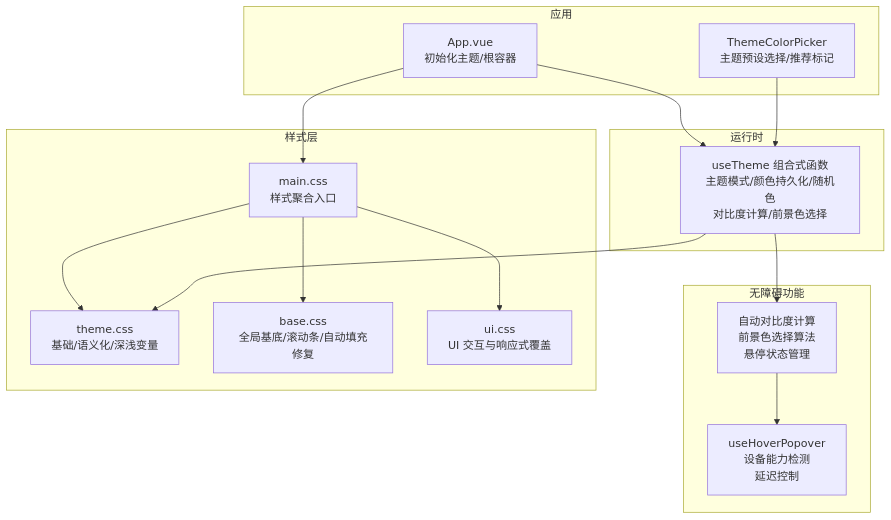
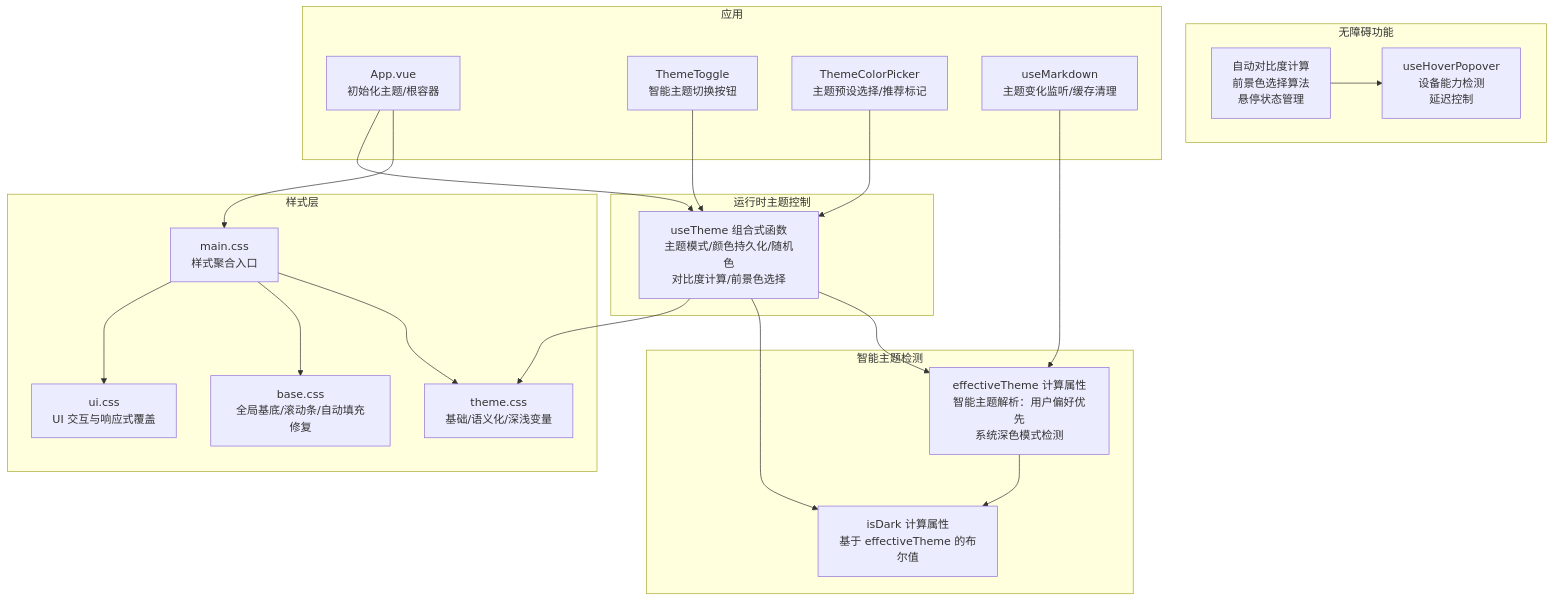
Before and after one commit to xixixiaoyu/Todo: the first of 7 diagrams in .qoder/repowiki/zh/content/前端开发/UI组件库/主题系统.md, drawn with Mermaid. The commit also changed other lines of this file and 6 other files, not shown here.

````diff
--- a/.qoder/repowiki/zh/content/前端开发/UI组件库/主题系统.md
+++ b/.qoder/repowiki/zh/content/前端开发/UI组件库/主题系统.md
@@ -55,29 +58,39 @@
 ```mermaid
 graph TB
-subgraph "运行时"
+subgraph "智能主题检测"
+ET["effectiveTheme 计算属性<br/>智能主题解析：用户偏好优先<br/>系统深色模式检测"]
+ID["isDark 计算属性<br/>基于 effectiveTheme 的布尔值"]
+end
+subgraph "运行时主题控制"
 UT["useTheme 组合式函数<br/>主题模式/颜色持久化/随机色<br/>对比度计算/前景色选择"]
 end
 subgraph "无障碍功能"
 AC["自动对比度计算<br/>前景色选择算法<br/>悬停状态管理"]
 HP["useHoverPopover<br/>设备能力检测<br/>延迟控制"]
 end
 subgraph "样式层"
 TCSS["theme.css<br/>基础/语义化/深浅变量"]
 BCSS["base.css<br/>全局基底/滚动条/自动填充修复"]
 MCSS["main.css<br/>样式聚合入口"]
 UICSS["ui.css<br/>UI 交互与响应式覆盖"]
 end
 subgraph "应用"
 APP["App.vue<br/>初始化主题/根容器"]
+TTOGGLE["ThemeToggle<br/>智能主题切换按钮"]
 TCP["ThemeColorPicker<br/>主题预设选择/推荐标记"]
+MD["useMarkdown<br/>主题变化监听/缓存清理"]
 end
-UT --> AC
+ET --> ID
+UT --> ET
+UT --> ID
 AC --> HP
 UT --> TCSS
+TTOGGLE --> UT
 TCP --> UT
+MD --> ET
 APP --> MCSS
 MCSS --> TCSS
 MCSS --> BCSS
 MCSS --> UICSS
 APP --> UT
 ```
````
